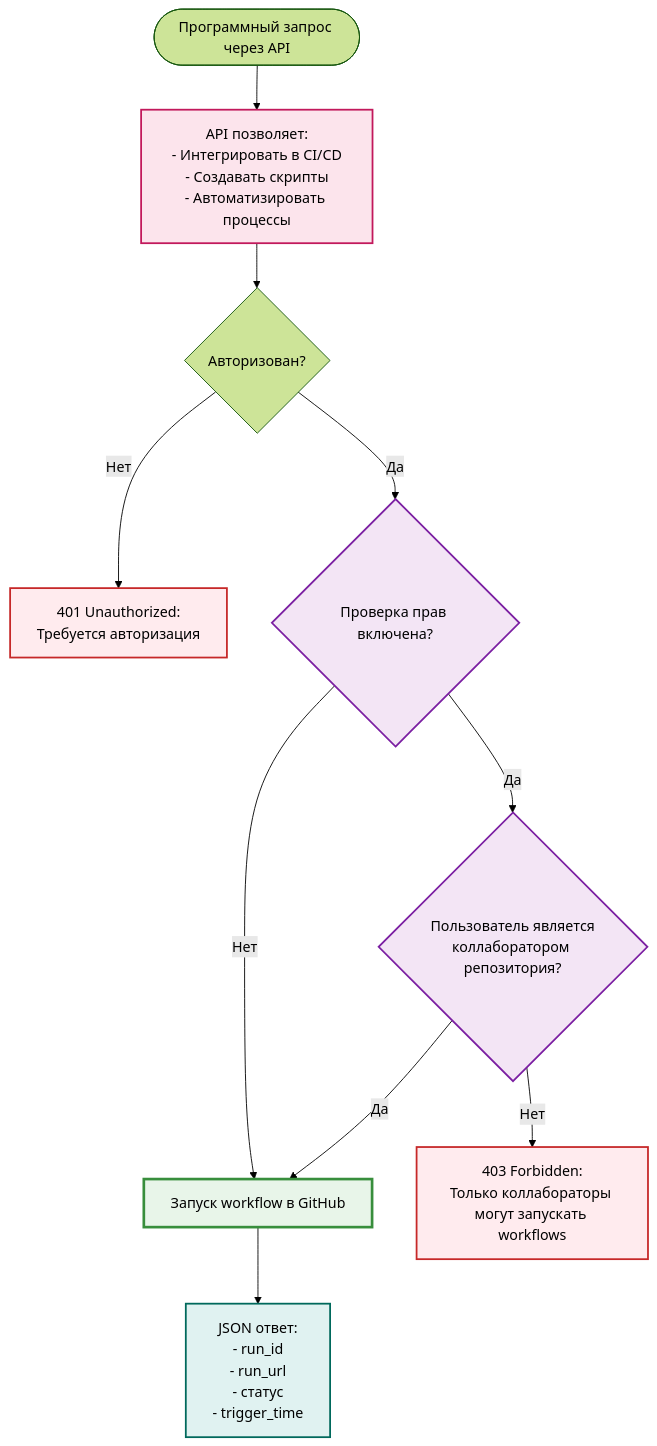
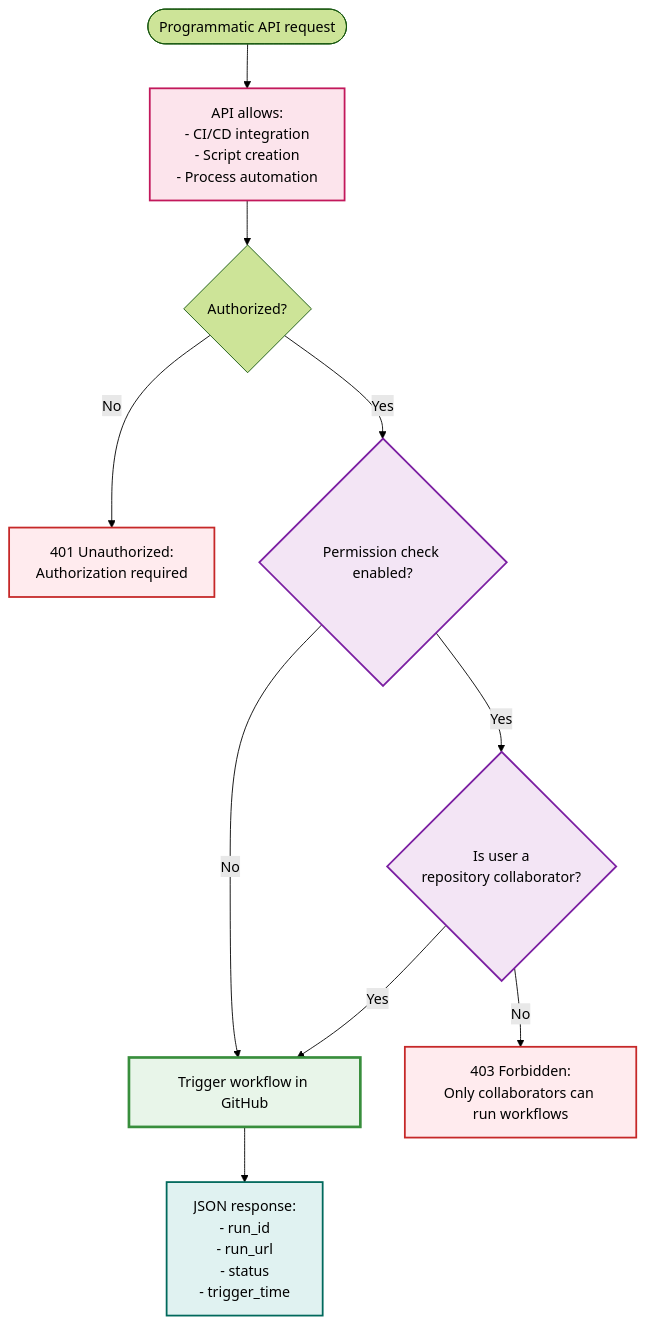
One commit to naspirato/github_action_executor changed the third of 6 diagrams in README-EXTENDED.md. Above: the diagram before and after it, drawn with Mermaid (forest theme). The commit also changed other lines of this file and 1 other file, not shown here.

First line of the commit message:
Update documentation for Quick Start and README-EXTENDED

````diff
--- a/README-EXTENDED.md
+++ b/README-EXTENDED.md
@@ -197,24 +197,24 @@
 ```mermaid
 flowchart TD
-    Start([Программный запрос через API]) --> ExplainAPI["API позволяет:<br/>- Интегрировать в CI/CD<br/>- Создавать скрипты<br/>- Автоматизировать процессы"]
-    ExplainAPI --> CheckAuth{Авторизован?}
-    CheckAuth -->|Нет| ErrorAuth[401 Unauthorized:<br/>Требуется авторизация]
-    CheckAuth -->|Да| CheckPerm{Проверка прав включена?}
-    CheckPerm -->|Нет| TriggerWorkflow
-    CheckPerm -->|Да| CheckCollaborator{Пользователь является<br/>коллаборатором репозитория?}
-    CheckCollaborator -->|Нет| ErrorAccess[403 Forbidden:<br/>Только коллабораторы могут запускать workflows]
-    CheckCollaborator -->|Да| TriggerWorkflow[Запуск workflow в GitHub]
-    TriggerWorkflow --> JSONResult["JSON ответ:<br/>- run_id<br/>- run_url<br/>- статус<br/>- trigger_time"]
+    Start([Programmatic API request]) --> ExplainAPI["API allows:<br/>- CI/CD integration<br/>- Script creation<br/>- Process automation"]
+    ExplainAPI --> CheckAuth{Authorized?}
+    CheckAuth -->|No| ErrorAuth[401 Unauthorized:<br/>Authorization required]
+    CheckAuth -->|Yes| CheckPerm{Permission check enabled?}
+    CheckPerm -->|No| TriggerWorkflow
+    CheckPerm -->|Yes| CheckCollaborator{Is user a<br/>repository collaborator?}
+    CheckCollaborator -->|No| ErrorAccess[403 Forbidden:<br/>Only collaborators can run workflows]
+    CheckCollaborator -->|Yes| TriggerWorkflow[Trigger workflow in GitHub]
+    TriggerWorkflow --> JSONResult["JSON response:<br/>- run_id<br/>- run_url<br/>- status<br/>- trigger_time"]
     
     classDef apiClass fill:#fce4ec,stroke:#c2185b,stroke-width:2px
     classDef checkClass fill:#f3e5f5,stroke:#7b1fa2,stroke-width:2px
     classDef triggerClass fill:#e8f5e9,stroke:#388e3c,stroke-width:3px
     classDef errorClass fill:#ffebee,stroke:#c62828,stroke-width:2px
     classDef resultClass fill:#e0f2f1,stroke:#00695c,stroke-width:2px
     
     class ExplainAPI apiClass
     class CheckPerm,CheckCollaborator checkClass
     class TriggerWorkflow triggerClass
     class ErrorAuth,ErrorAccess errorClass
     class JSONResult resultClass
 ```
````
